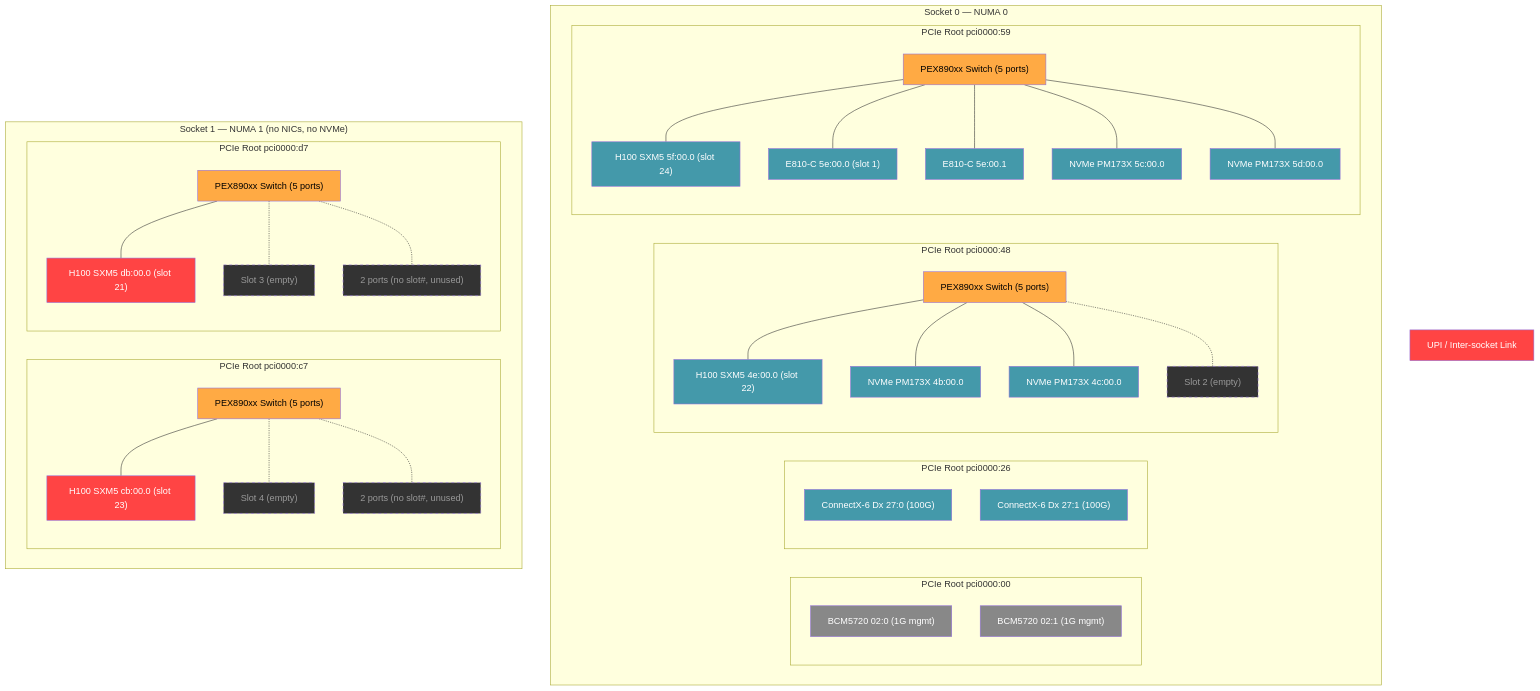
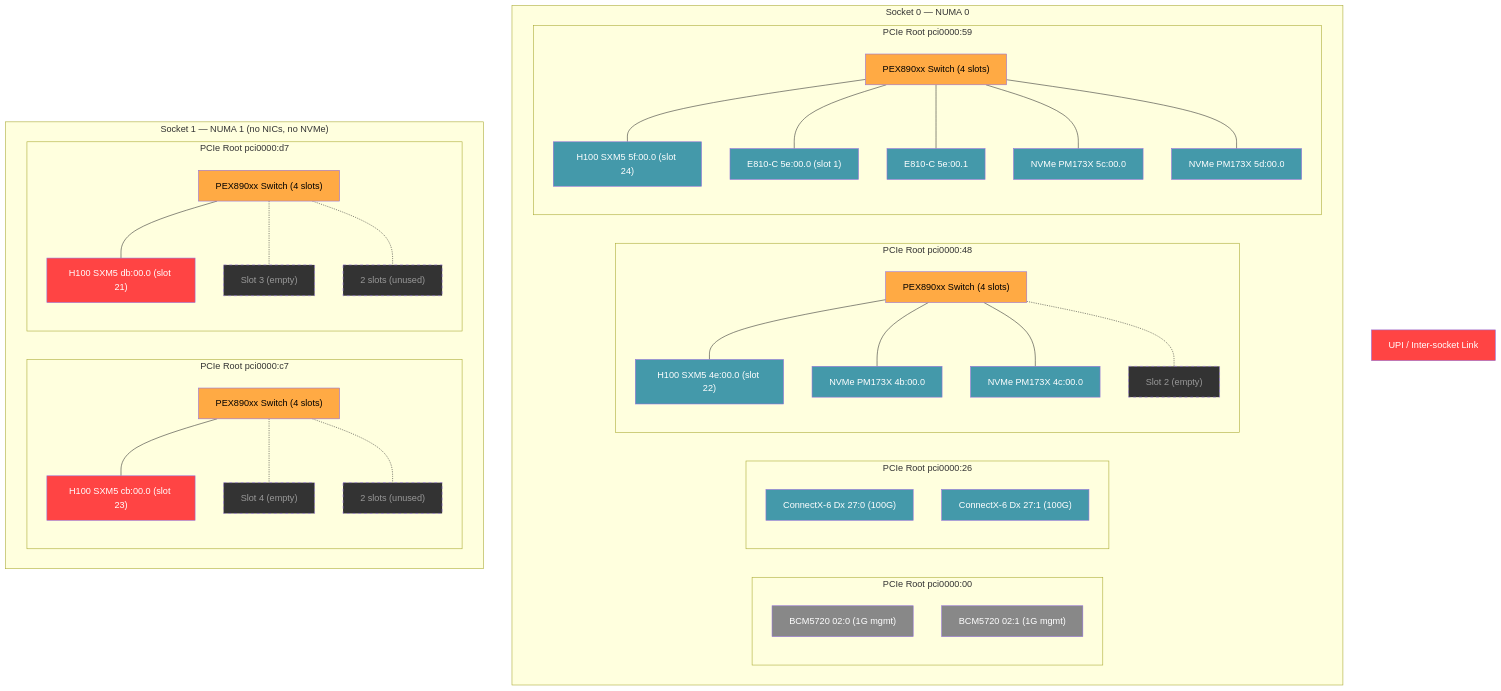
Before and after one commit to johnahull/dra-topology-aware-co-placement: the first of 2 diagrams in docs/diagrams/topology-xe8640.md, drawn with Mermaid. The commit also changed other lines of this file, not shown here.

Commit message:
Fix XE8640 switch port count: 4 slots per switch, not 5
The 5th port on each PEX890xx switch is an internal management
endpoint (SAS controller), not a usable slot.

```diff
--- a/docs/diagrams/topology-xe8640.md
+++ b/docs/diagrams/topology-xe8640.md
@@ -20,7 +20,7 @@
             CX6_1["ConnectX-6 Dx 27:1 (100G)"]
         end
         subgraph "PCIe Root pci0000:48"
-            SW0["PEX890xx Switch (5 ports)"]
+            SW0["PEX890xx Switch (4 slots)"]
             GPU0["H100 SXM5 4e:00.0 (slot 22)"]
             NVMe0["NVMe PM173X 4b:00.0"]
             NVMe1["NVMe PM173X 4c:00.0"]
@@ -31,7 +31,7 @@
             SW0 -.- EMPTY0
         end
         subgraph "PCIe Root pci0000:59"
-            SW1["PEX890xx Switch (5 ports)"]
+            SW1["PEX890xx Switch (4 slots)"]
             GPU1["H100 SXM5 5f:00.0 (slot 24)"]
             E810_0["E810-C 5e:00.0 (slot 1)"]
             E810_1["E810-C 5e:00.1"]
@@ -47,19 +47,19 @@
 
     subgraph "Socket 1 — NUMA 1 (no NICs, no NVMe)"
         subgraph "PCIe Root pci0000:c7"
-            SW2["PEX890xx Switch (5 ports)"]
+            SW2["PEX890xx Switch (4 slots)"]
             GPU2["H100 SXM5 cb:00.0 (slot 23)"]
             EMPTY2["Slot 4 (empty)"]
-            EMPTY2a["2 ports (no slot#, unused)"]
+            EMPTY2a["2 slots (unused)"]
             SW2 --- GPU2
             SW2 -.- EMPTY2
             SW2 -.- EMPTY2a
         end
         subgraph "PCIe Root pci0000:d7"
-            SW3["PEX890xx Switch (5 ports)"]
+            SW3["PEX890xx Switch (4 slots)"]
             GPU3["H100 SXM5 db:00.0 (slot 21)"]
             EMPTY3["Slot 3 (empty)"]
-            EMPTY3a["2 ports (no slot#, unused)"]
+            EMPTY3a["2 slots (unused)"]
             SW3 --- GPU3
             SW3 -.- EMPTY3
             SW3 -.- EMPTY3a
```
